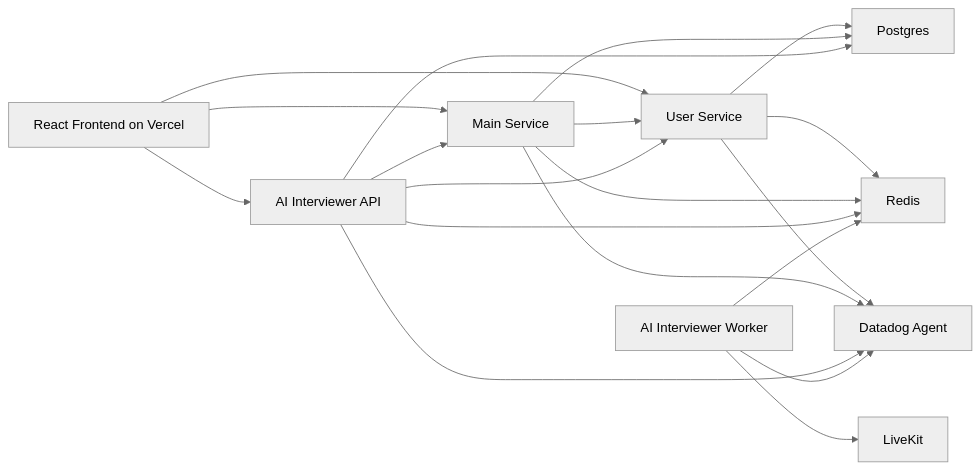
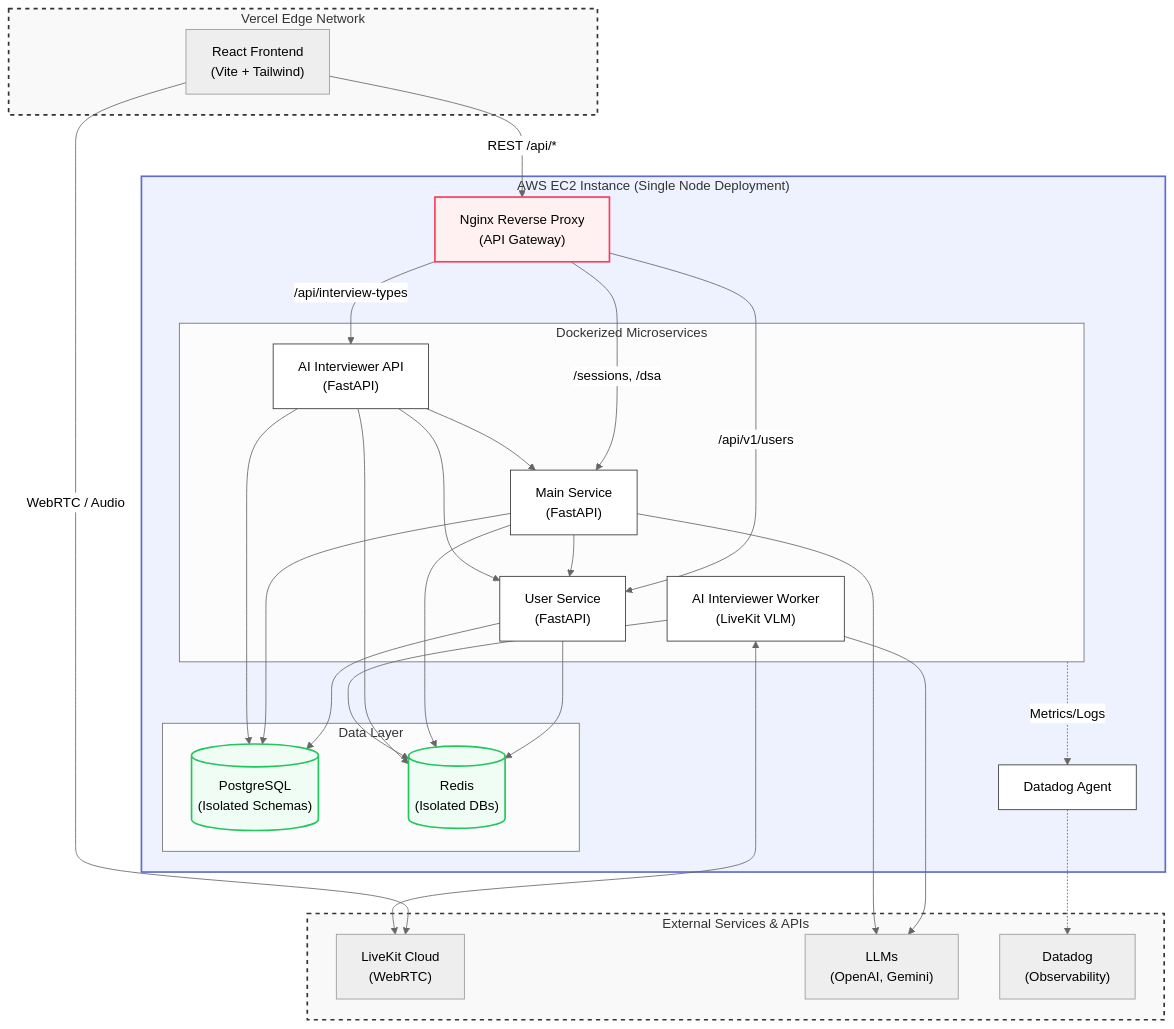
One commit to itsVish16/ThinkAloudAI changed the diagram in README.md. Above: the diagram before and after it, drawn with Mermaid (neutral theme). The commit also changed other lines of this file, not shown here.

Commit message:
Update README with detailed system design diagram

````diff
--- a/README.md
+++ b/README.md
@@ -60,35 +60,76 @@
 ```mermaid
-flowchart LR
-    Frontend["React Frontend on Vercel"]
-    User["User Service"]
-    Main["Main Service"]
-    InterviewAPI["AI Interviewer API"]
-    InterviewWorker["AI Interviewer Worker"]
-    Postgres["Postgres"]
-    Redis["Redis"]
-    Datadog["Datadog Agent"]
-    LiveKit["LiveKit"]
+flowchart TD
+    %% Styling
+    classDef cloud fill:#f9f9f9,stroke:#333,stroke-width:2px,stroke-dasharray: 5 5;
+    classDef ec2 fill:#eef2ff,stroke:#5e6ad2,stroke-width:2px;
+    classDef db fill:#f0fdf4,stroke:#22c55e,stroke-width:2px;
+    classDef proxy fill:#fff1f2,stroke:#f43f5e,stroke-width:2px;
+    classDef service fill:#ffffff,stroke:#333,stroke-width:1px;
 
-    Frontend --> User
-    Frontend --> Main
-    Frontend --> InterviewAPI
+    %% Third Party
+    subgraph ThirdParty["External Services & APIs"]
+        LiveKit["LiveKit Cloud\n(WebRTC)"]
+        LLM["LLMs\n(OpenAI, Gemini)"]
+        Datadog["Datadog\n(Observability)"]
+    end
+    class ThirdParty cloud
 
+    %% Vercel
+    subgraph Vercel["Vercel Edge Network"]
+        Frontend["React Frontend\n(Vite + Tailwind)"]
+    end
+    class Vercel cloud
+
+    %% AWS EC2
+    subgraph AWS_EC2["AWS EC2 Instance (Single Node Deployment)"]
+        Nginx["Nginx Reverse Proxy\n(API Gateway)"]:::proxy
+        
+        subgraph Microservices["Dockerized Microservices"]
+            User["User Service\n(FastAPI)"]:::service
+            Main["Main Service\n(FastAPI)"]:::service
+            InterviewAPI["AI Interviewer API\n(FastAPI)"]:::service
+            InterviewWorker["AI Interviewer Worker\n(LiveKit VLM)"]:::service
+        end
+        
+        subgraph DataLayer["Data Layer"]
+            Postgres[("PostgreSQL\n(Isolated Schemas)")]:::db
+            Redis[("Redis\n(Isolated DBs)")]:::db
+        end
+
+        DatadogAgent["Datadog Agent"]:::service
+    end
+    class AWS_EC2 ec2
+
+    %% Client Connections
+    Frontend -- "REST /api/*" --> Nginx
+    Frontend -- "WebRTC / Audio" --> LiveKit
+
+    %% Internal Routing
+    Nginx -- "/api/v1/users" --> User
+    Nginx -- "/sessions, /dsa" --> Main
+    Nginx -- "/api/interview-types" --> InterviewAPI
+
+    %% Service to Service
     Main --> User
     InterviewAPI --> User
     InterviewAPI --> Main
-    InterviewWorker --> LiveKit
 
+    %% Workers and External
+    InterviewWorker <--> LiveKit
+    InterviewWorker --> LLM
+    Main --> LLM
+
+    %% Data Connections
     User --> Postgres
     Main --> Postgres
     InterviewAPI --> Postgres
 
     User --> Redis
     Main --> Redis
     InterviewAPI --> Redis
     InterviewWorker --> Redis
 
-    User --> Datadog
-    Main --> Datadog
-    InterviewAPI --> Datadog
-    InterviewWorker --> Datadog
+    %% Monitoring
+    Microservices -. "Metrics/Logs" .-> DatadogAgent
+    DatadogAgent -.-> Datadog
 ```
````
